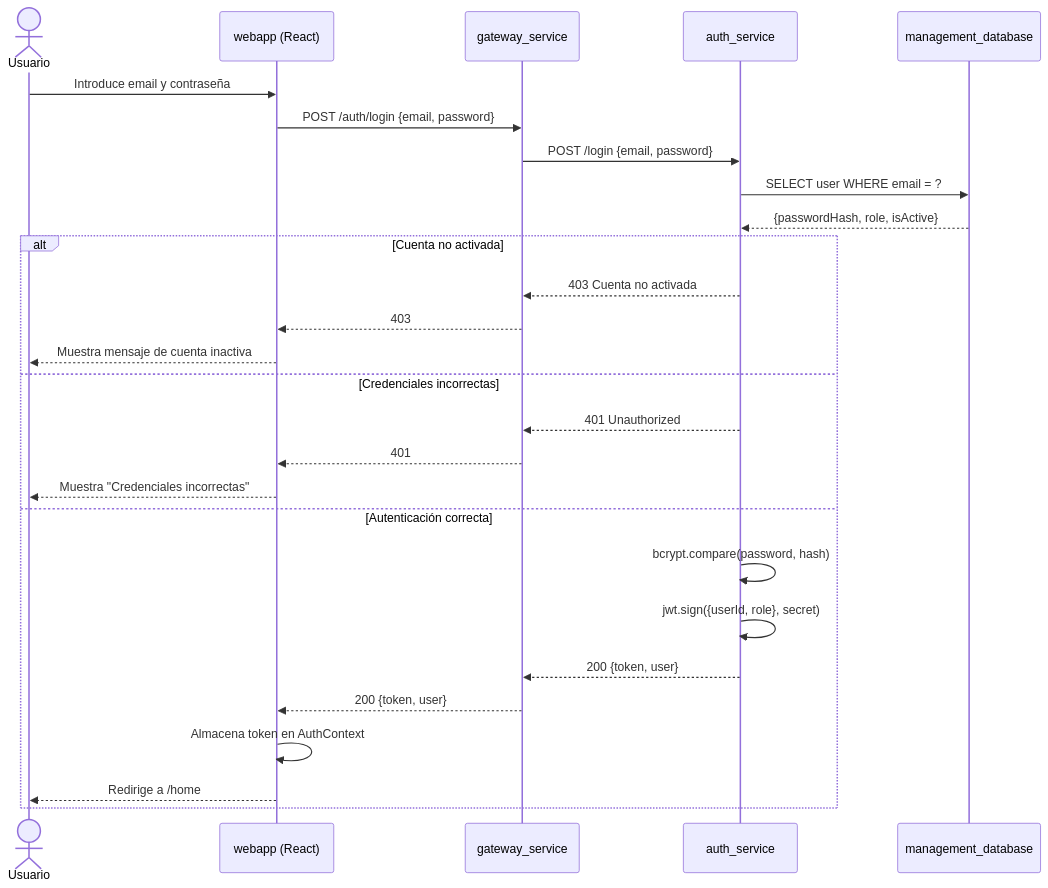
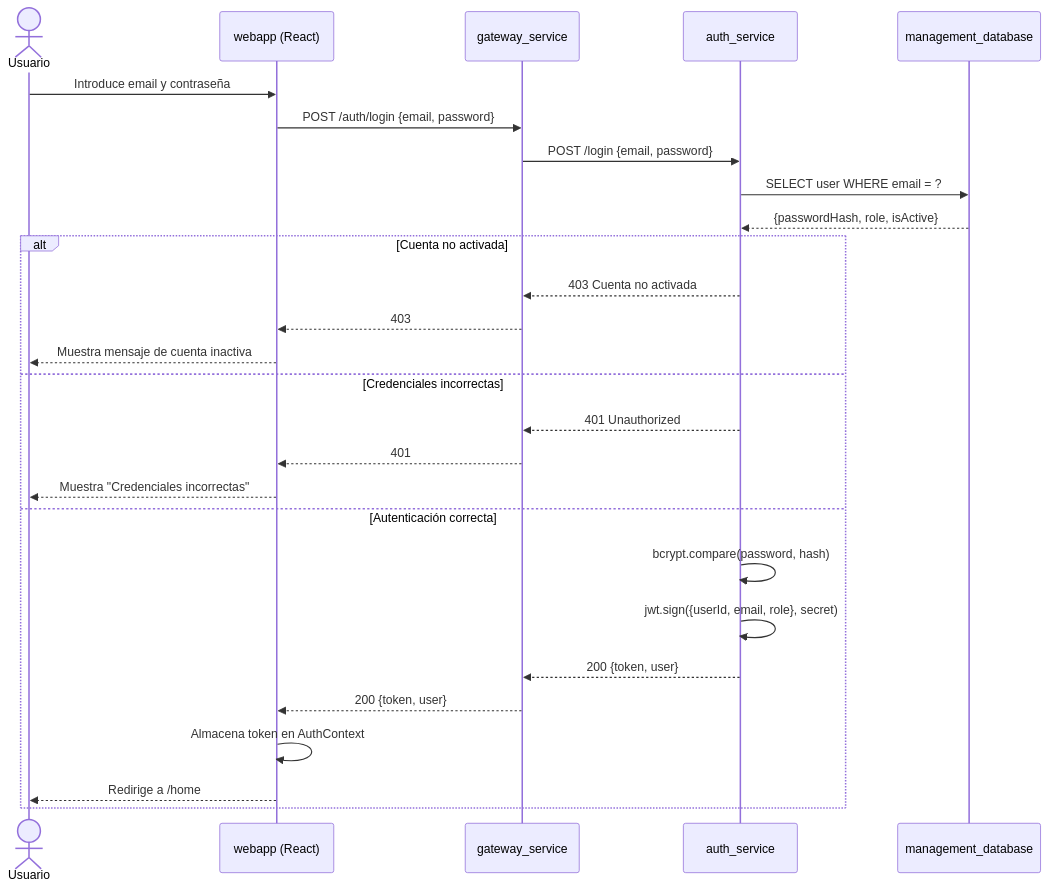
The sixth of 9 diagrams in docs/capitulo5_diseno.md (Murias10/TeachingPlanner), drawn with Mermaid before and after one commit. The commit also changed other lines of this file and 1 other file, not shown here.

````diff
--- a/docs/capitulo5_diseno.md
+++ b/docs/capitulo5_diseno.md
@@ -377,31 +592,31 @@
 ```mermaid
 sequenceDiagram
     actor Usuario
     participant webapp as webapp (React)
     participant gateway as gateway_service
     participant auth as auth_service
     participant db as management_database
 
     Usuario->>webapp: Introduce email y contraseña
     webapp->>gateway: POST /auth/login {email, password}
     gateway->>auth: POST /login {email, password}
     auth->>db: SELECT user WHERE email = ?
     db-->>auth: {passwordHash, role, isActive}
 
     alt Cuenta no activada
         auth-->>gateway: 403 Cuenta no activada
         gateway-->>webapp: 403
         webapp-->>Usuario: Muestra mensaje de cuenta inactiva
     else Credenciales incorrectas
         auth-->>gateway: 401 Unauthorized
         gateway-->>webapp: 401
         webapp-->>Usuario: Muestra "Credenciales incorrectas"
     else Autenticación correcta
         auth->>auth: bcrypt.compare(password, hash)
-        auth->>auth: jwt.sign({userId, role}, secret)
+        auth->>auth: jwt.sign({userId, email, role}, secret)
         auth-->>gateway: 200 {token, user}
         gateway-->>webapp: 200 {token, user}
         webapp->>webapp: Almacena token en AuthContext
         webapp-->>Usuario: Redirige a /home
     end
 ```
````
